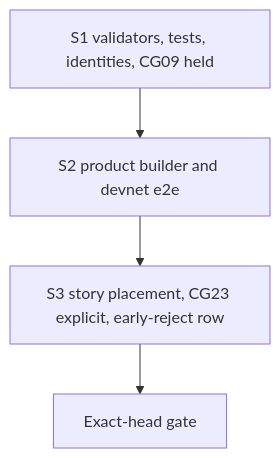
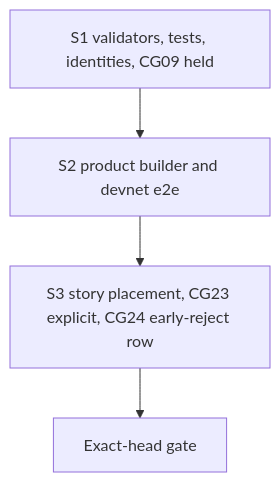
One commit to lambdasistemi/singular changed the diagram in specs/320-early-request-rejection/plan.md. Above: the diagram before and after it, drawn with Mermaid. The commit also changed other lines of this file and 19 other files, not shown here.

First line of the commit message:
docs: settle the early rejection row scope and freeze the gate bodies

````diff
--- a/specs/320-early-request-rejection/plan.md
+++ b/specs/320-early-request-rejection/plan.md
@@ -7,6 +7,6 @@
 ```mermaid
 flowchart TD
     S1[S1 validators, tests, identities, CG09 held] --> S2[S2 product builder and devnet e2e]
-    S2 --> S3[S3 story placement, CG23 explicit, early-reject row]
+    S2 --> S3[S3 story placement, CG23 explicit, CG24 early-reject row]
     S3 --> G[Exact-head gate]
 ```
````
